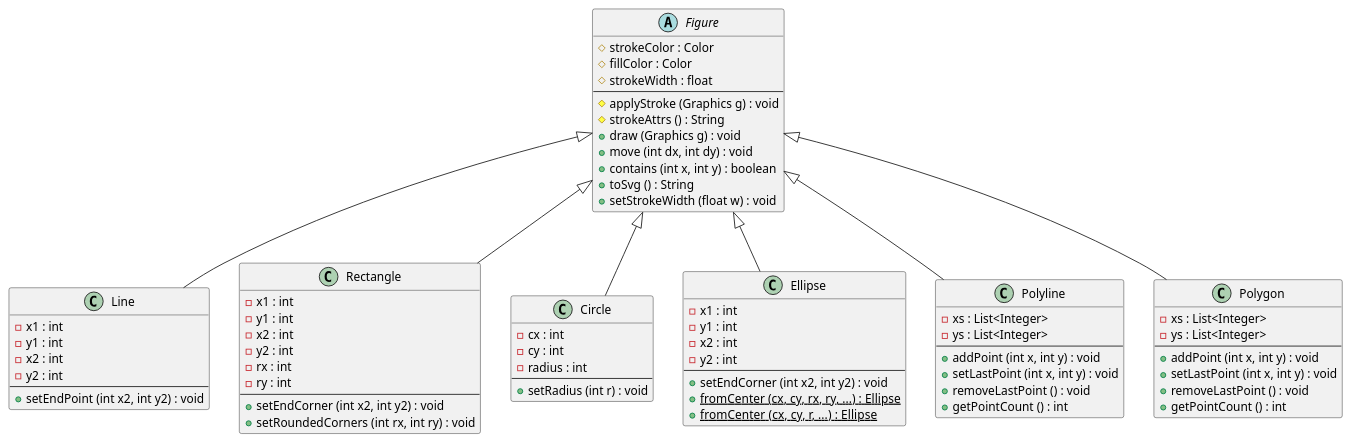
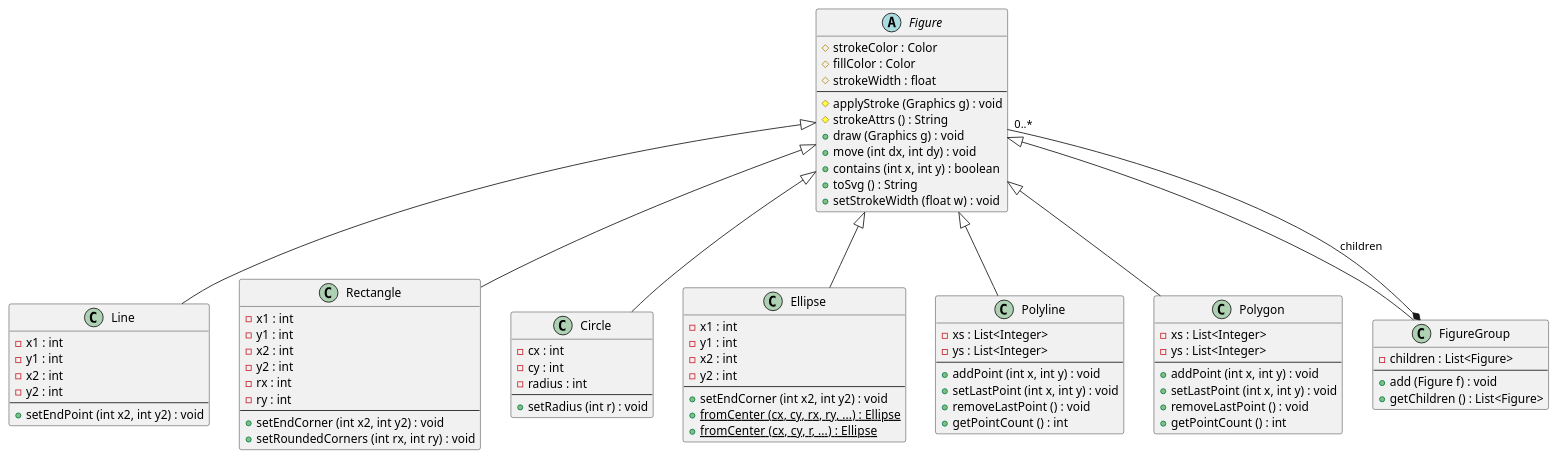
Before and after one commit to cpcp-lab/sdd-figure-editor: the second of 3 diagrams in docs/static-structure.md, drawn with PlantUML. The commit also changed other lines of this file and 23 other files, not shown here.

First line of the commit message:
Implement figure grouping, selection tool, and stroke/fill styling

````diff
--- a/docs/static-structure.md
+++ b/docs/static-structure.md
@@ -179,12 +196,21 @@
     + getPointCount () : int
 }
 
+class FigureGroup {
+    - children : List<Figure>
+    --
+    + add (Figure f) : void
+    + getChildren () : List<Figure>
+}
+
 Figure <|-- Line
 Figure <|-- Rectangle
 Figure <|-- Circle
 Figure <|-- Ellipse
 Figure <|-- Polyline
 Figure <|-- Polygon
+Figure <|-- FigureGroup
+FigureGroup *-- "0..*" Figure : children
 
 @enduml
 ```
````
